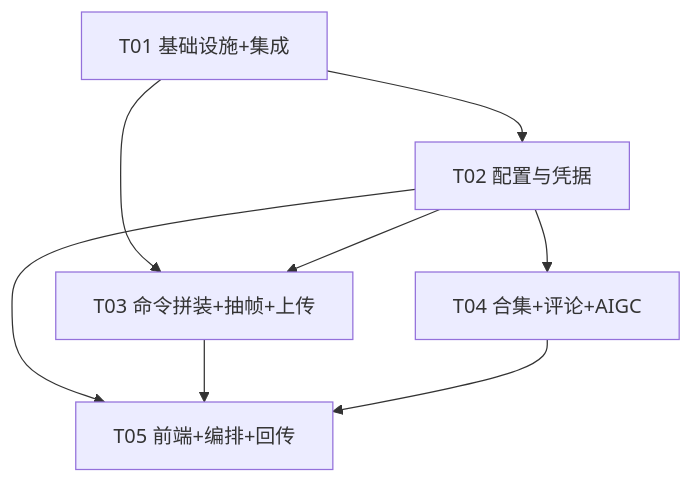
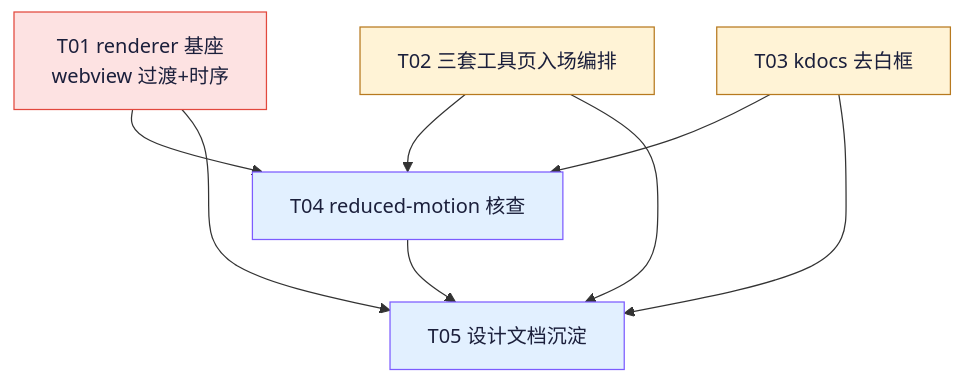
One commit to likuan250-hash/tools-hub changed the diagram in docs/system_design.md. Above: the diagram before and after it, drawn with Mermaid. The commit also changed other lines of this file and 10 other files, not shown here.

````diff
--- a/docs/system_design.md
+++ b/docs/system_design.md
@@ -343,10 +199,20 @@
 ```mermaid
 graph TD
-    T01[T01 基础设施+集成] --> T02[T02 配置与凭据]
-    T01 --> T03[T03 命令拼装+抽帧+上传]
-    T02 --> T03
-    T02 --> T04[T04 合集+评论+AIGC]
-    T02 --> T05[T05 前端+编排+回传]
+    T01[T01 renderer 基座<br/>webview 过渡+时序]:::p0
+    T02[T02 三套工具页入场编排]:::p1
+    T03[T03 kdocs 去白框]:::p1
+    T04[T04 reduced-motion 核查]:::p2
+    T05[T05 设计文档沉淀]:::p2
+
+    T01 --> T04
+    T02 --> T04
+    T03 --> T04
+    T01 --> T05
+    T02 --> T05
     T03 --> T05
     T04 --> T05
+
+    classDef p0 fill:#fde2e2,stroke:#e2483d,color:#1b1f3b;
+    classDef p1 fill:#fff3d6,stroke:#b7791f,color:#1b1f3b;
+    classDef p2 fill:#e2f0ff,stroke:#7c5cff,color:#1b1f3b;
 ```
````
